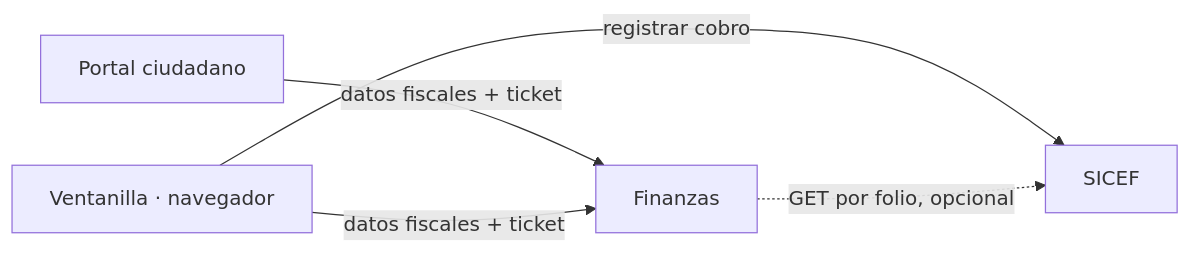
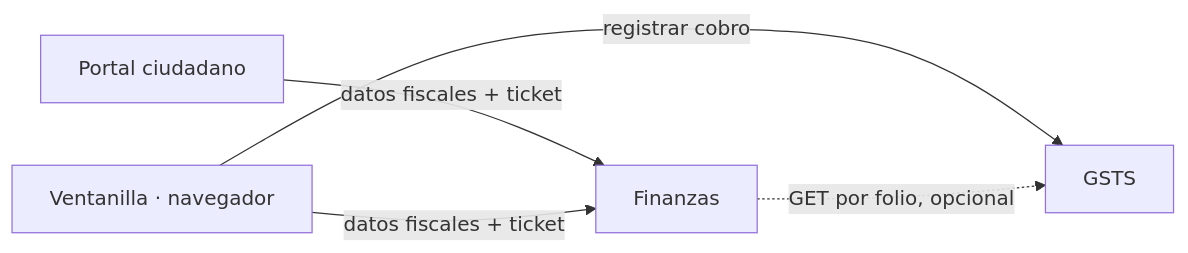
The first of 4 diagrams in documentacion2/SISTEMA_FINANZAS.md (fsjorg3/gsts), drawn with Mermaid before and after one commit. The commit also changed other lines of this file and 82 other files, not shown here.

````diff
--- a/documentacion2/SISTEMA_FINANZAS.md
+++ b/documentacion2/SISTEMA_FINANZAS.md
@@ -20,7 +20,7 @@
 ```mermaid
 flowchart LR
     P[Portal ciudadano] -->|datos fiscales + ticket| F[Finanzas]
-    V[Ventanilla · navegador] -->|registrar cobro| S[SICEF]
+    V[Ventanilla · navegador] -->|registrar cobro| S[GSTS]
     V -->|datos fiscales + ticket| F
     F -.->|GET por folio, opcional| S
 ```
````
